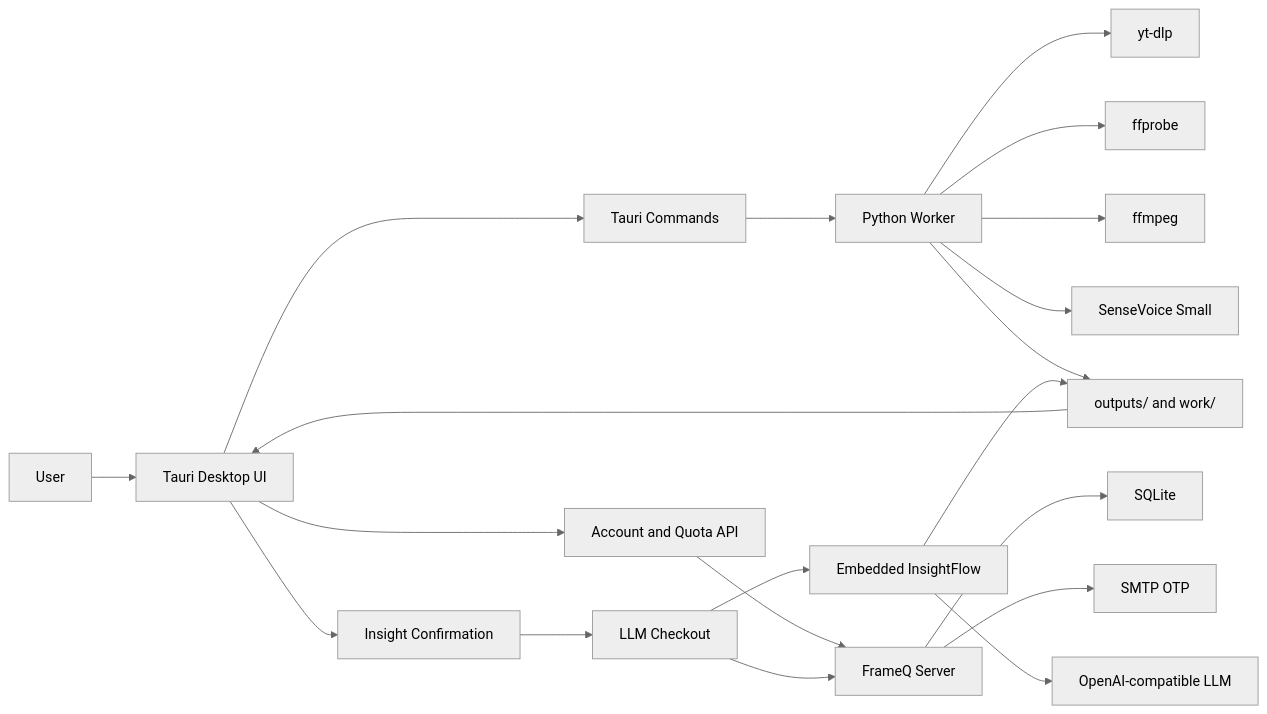
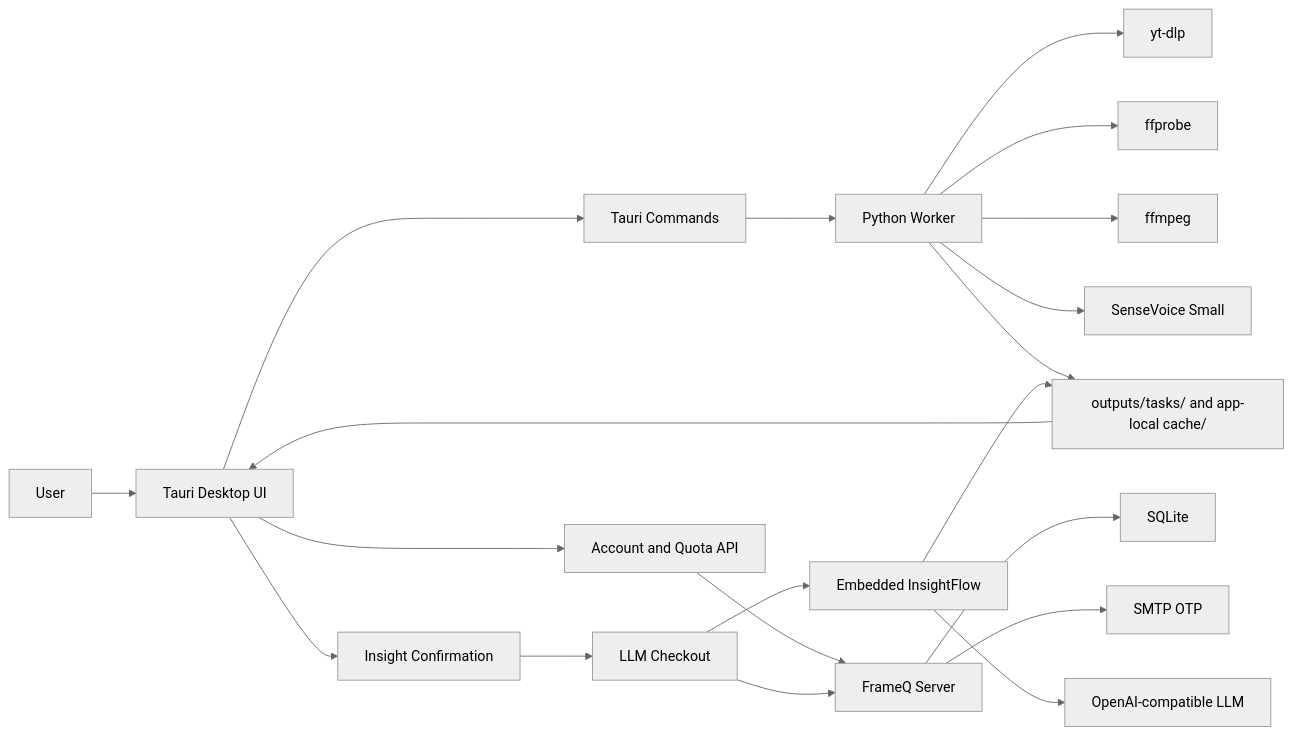
Before and after one commit to jiabai/FrameQ: the diagram in README.md, drawn with Mermaid (neutral theme). The commit also changed other lines of this file and 21 other files, not shown here.

Commit message:
fix: reuse tasks and rename temp cache

````diff
--- a/README.md
+++ b/README.md
@@ -101,24 +102,24 @@
 ```mermaid
 flowchart LR
   User["User"] --> App["Tauri Desktop UI"]
   App --> Tauri["Tauri Commands"]
   Tauri --> Worker["Python Worker"]
   Worker --> Downloader["yt-dlp"]
   Worker --> Probe["ffprobe"]
   Worker --> Audio["ffmpeg"]
   Worker --> ASR["SenseVoice Small"]
-  Worker --> Files["outputs/ and work/"]
+  Worker --> Files["outputs/tasks/ and app-local cache/"]
   Files --> App
 
   App --> Account["Account and Quota API"]
   Account --> Server["FrameQ Server"]
   Server --> SQLite["SQLite"]
   Server --> SMTP["SMTP OTP"]
 
   App --> Confirm["Insight Confirmation"]
   Confirm --> Checkout["LLM Checkout"]
   Checkout --> Server
   Checkout --> Insight["Embedded InsightFlow"]
   Insight --> LLM["OpenAI-compatible LLM"]
   Insight --> Files
 ```
````
